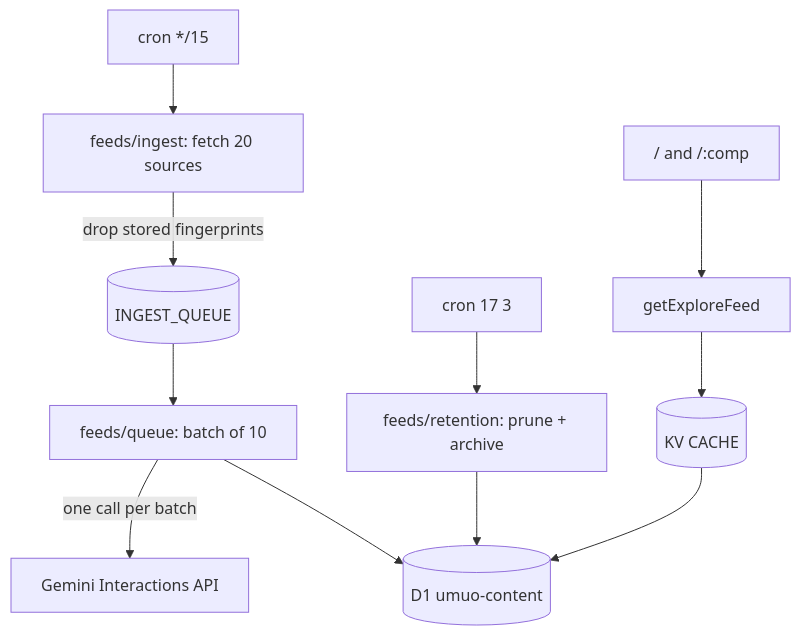
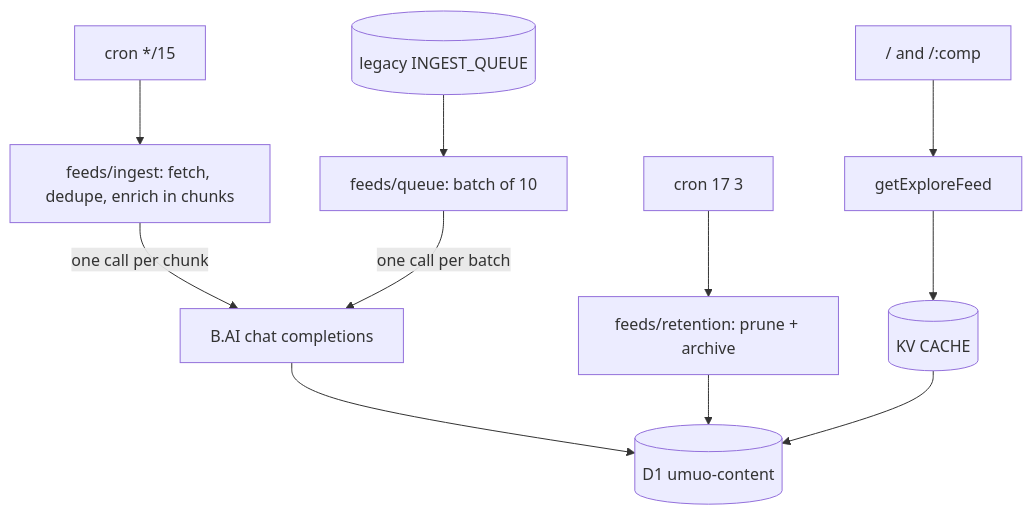
Before and after one commit to youming-ai/umuo: the diagram in AGENTS.md, drawn with Mermaid. The commit also changed other lines of this file and 3 other files, not shown here.

Commit message:
fix(ingest): persist enrichment chunks incrementally

````diff
--- a/AGENTS.md
+++ b/AGENTS.md
@@ -11,12 +11,12 @@
 ```mermaid
 graph TD
-  Cron["cron */15"] --> Ingest[feeds/ingest: fetch 20 sources]
-  Ingest -->|drop stored fingerprints| Q[(INGEST_QUEUE)]
-  Q --> Consumer[feeds/queue: batch of 10]
-  Consumer -->|one call per batch| Gemini[Gemini Interactions API]
-  Consumer --> D1[(D1 umuo-content)]
+  Cron["cron */15"] --> Ingest[feeds/ingest: fetch, dedupe, enrich in chunks]
+  Ingest -->|one call per chunk| Gemini[B.AI chat completions]
+  Gemini --> D1[(D1 umuo-content)]
+  LegacyQ[(legacy INGEST_QUEUE)] --> Consumer[feeds/queue: batch of 10]
+  Consumer -->|one call per batch| Gemini
   Sweep["cron 17 3"] --> Retention[feeds/retention: prune + archive]
   Retention --> D1
 
   Home["/ and /:comp"] --> Explore[getExploreFeed] --> KV1[(KV CACHE)] --> D1
 ```
````
